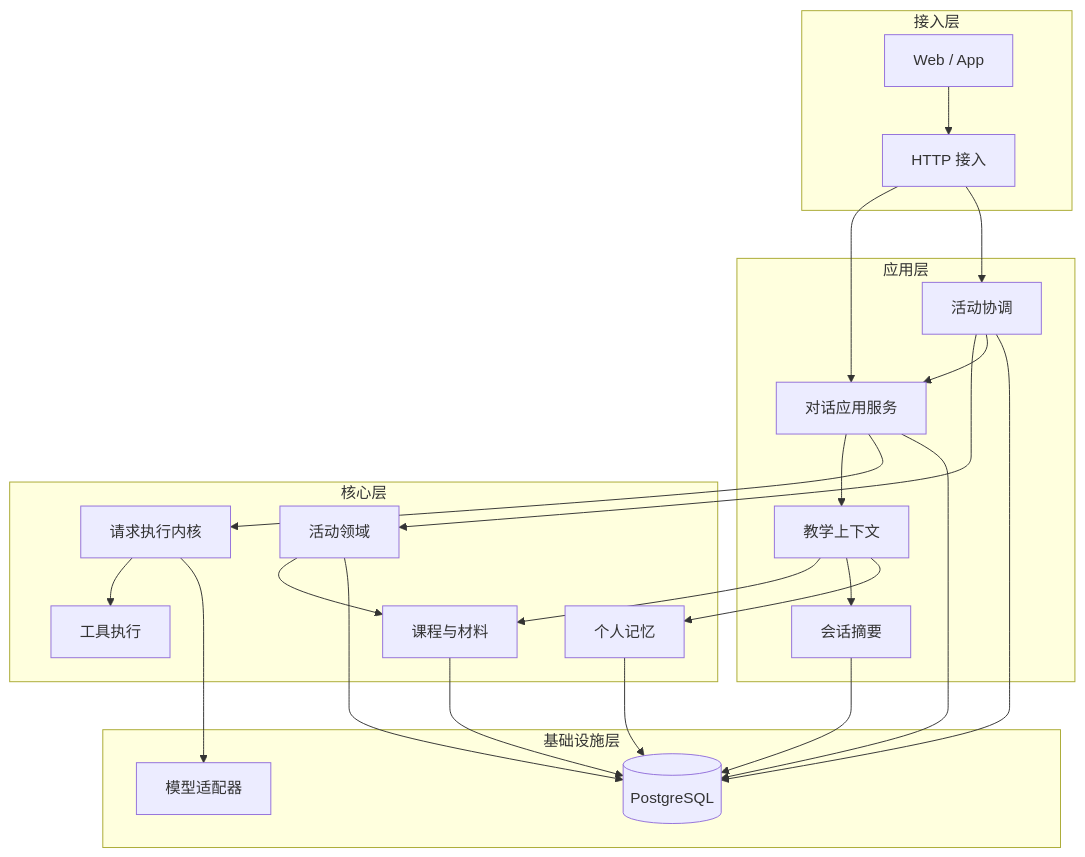
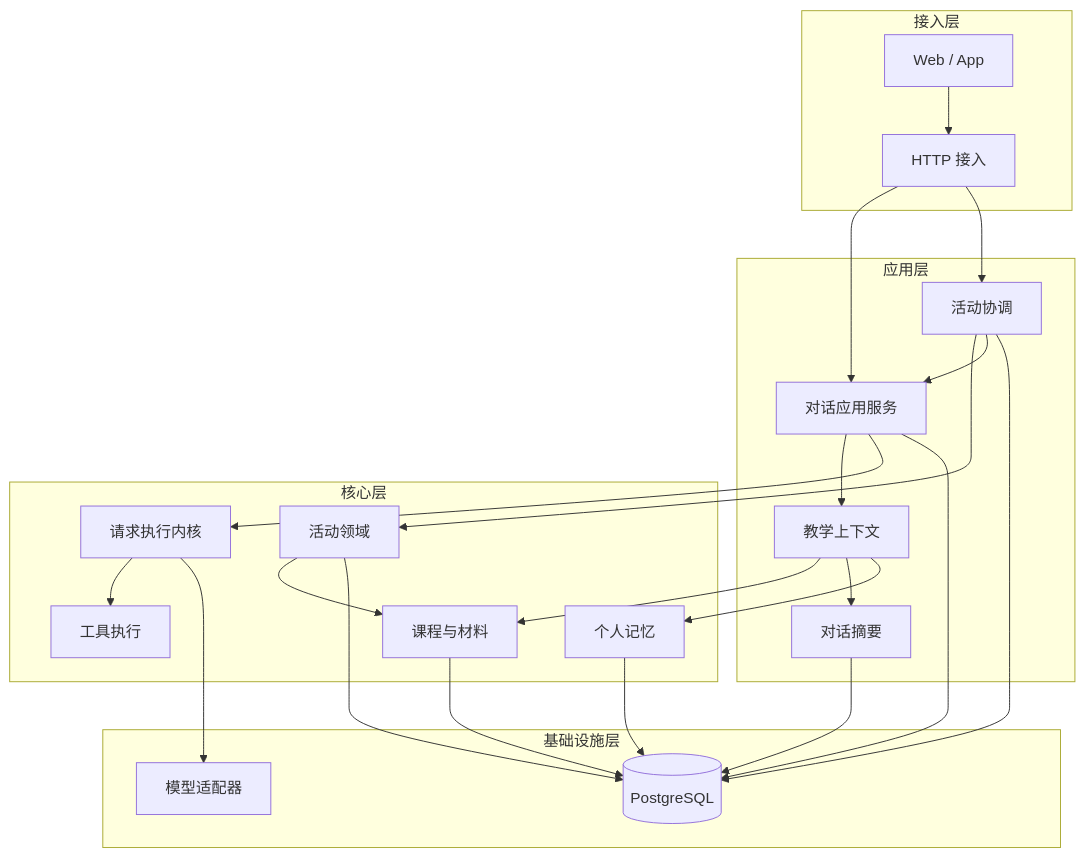
Before and after one commit to riclava/human-epochs: the first of 2 diagrams in docs/architecture.md, drawn with Mermaid. The commit also changed other lines of this file and 90 other files, not shown here.

````diff
--- a/docs/architecture.md
+++ b/docs/architecture.md
@@ -33,37 +33,37 @@
 ```mermaid
 flowchart TB
     subgraph Interface["接入层"]
         Client["Web / App"] --> HTTP["HTTP 接入"]
     end
     subgraph Application["应用层"]
-        Chat["对话应用服务"]
-        Learning["活动协调"]
+        Conversation["对话应用服务"]
+        ActivityService["活动协调"]
         Context["教学上下文"]
-        Summary["会话摘要"]
+        Summary["对话摘要"]
     end
     subgraph Core["核心层"]
         Runtime["请求执行内核"] --> Tools["工具执行"]
         Activity["活动领域"] --> Sources["课程与材料"]
         Memory["个人记忆"]
     end
     subgraph Infrastructure["基础设施层"]
         Model["模型适配器"]
         DB[("PostgreSQL")]
     end
-    HTTP --> Chat
-    HTTP --> Learning
-    Chat --> Context
-    Chat --> Runtime
-    Learning --> Activity
-    Learning --> Chat
+    HTTP --> Conversation
+    HTTP --> ActivityService
+    Conversation --> Context
+    Conversation --> Runtime
+    ActivityService --> Activity
+    ActivityService --> Conversation
     Runtime --> Model
     Context --> Sources
     Context --> Summary
     Context --> Memory
-    Chat --> DB
-    Learning --> DB
+    Conversation --> DB
+    ActivityService --> DB
     Activity --> DB
     Sources --> DB
     Summary --> DB
     Memory --> DB
 ```
````
